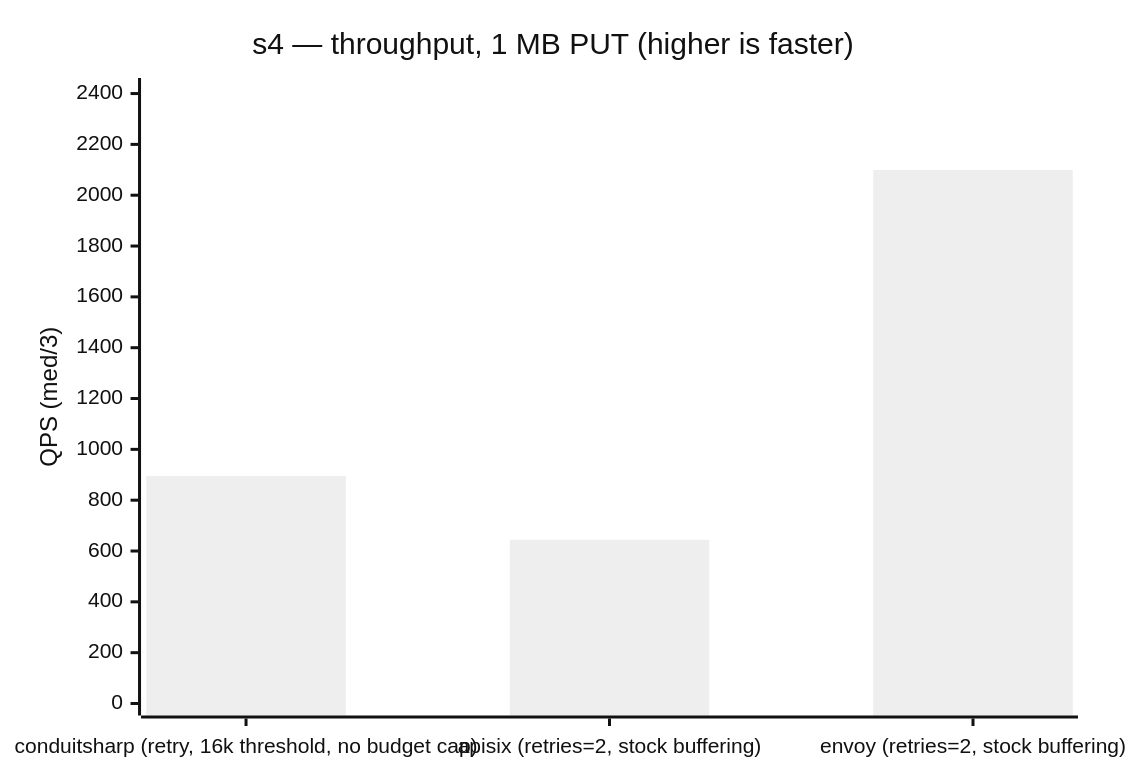
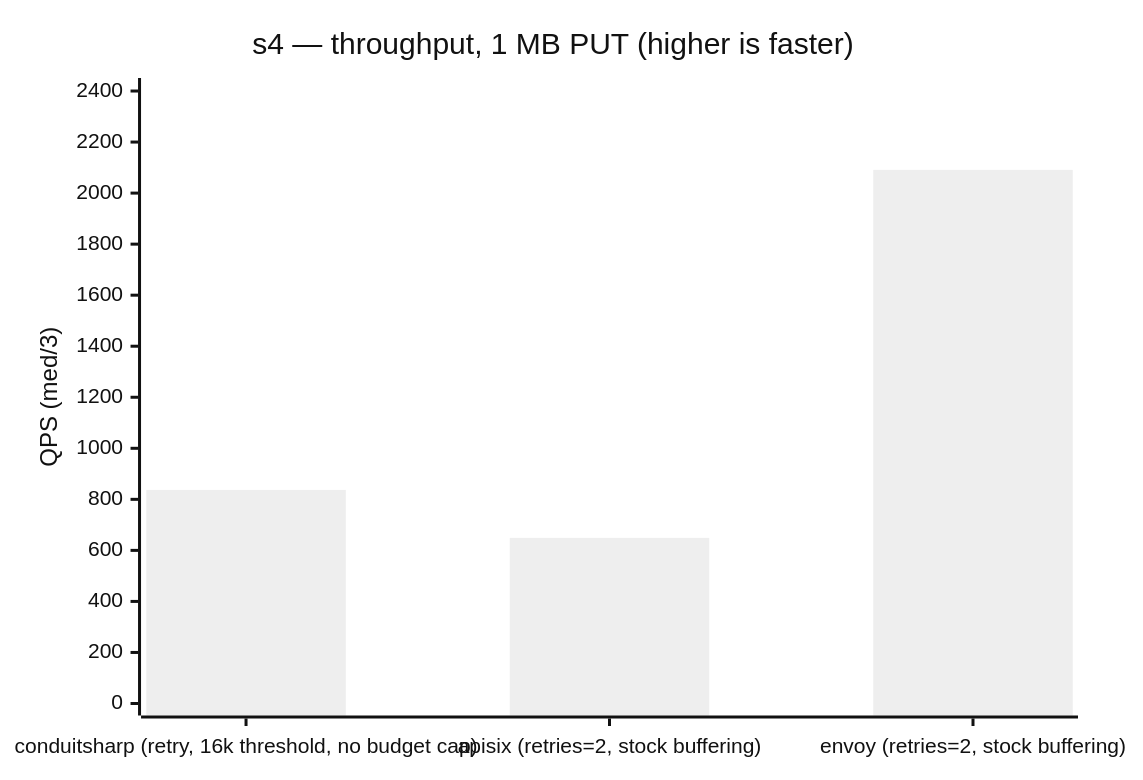
Before and after one commit to liqngliz/ConduitSharp: the first of 2 diagrams in benchmarks/load/README.md, drawn with Mermaid (neutral theme). The commit also changed other lines of this file and 1 other file, not shown here.

````diff
--- a/benchmarks/load/README.md
+++ b/benchmarks/load/README.md
@@ -121,7 +121,7 @@
 ```mermaid
 xychart-beta
     title "s4 — throughput, 1 MB PUT (higher is faster)"
     x-axis ["conduitsharp (retry, 16k threshold, no budget cap)", "apisix (retries=2, stock buffering)", "envoy (retries=2, stock buffering)"]
-    y-axis "QPS (med/3)" 0 --> 2414
-    bar [895, 644, 2099]
+    y-axis "QPS (med/3)" 0 --> 2404
+    bar [837, 649, 2091]
 ```
````
